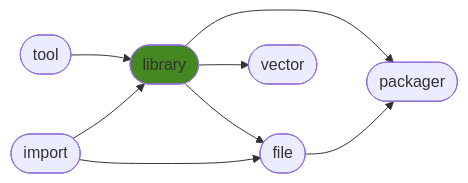
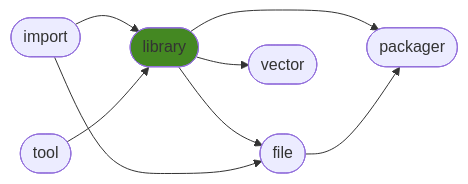
The diagram in README.md (ManderaGeneral/generallibrary), drawn with Mermaid before and after one commit. The commit also changed other lines of this file, not shown here.

````diff
--- a/README.md
+++ b/README.md
@@ -24,17 +24,17 @@
 ```mermaid
 flowchart LR
 2([library]) --> 5([packager])
+0([import]) --> 2([library])
 2([library]) --> 3([file])
+3([file]) --> 5([packager])
+2([library]) --> 4([vector])
+1([tool]) --> 2([library])
 0([import]) --> 3([file])
-2([library]) --> 4([vector])
-3([file]) --> 5([packager])
-1([tool]) --> 2([library])
-0([import]) --> 2([library])
 click 0 "https://github.com/ManderaGeneral/generalimport"
 click 1 "https://github.com/ManderaGeneral/generaltool"
 click 2 "https://github.com/ManderaGeneral/generallibrary"
 click 3 "https://github.com/ManderaGeneral/generalfile"
 click 4 "https://github.com/ManderaGeneral/generalvector"
 click 5 "https://github.com/ManderaGeneral/generalpackager"
 style 2 fill:#482
 ```
````
